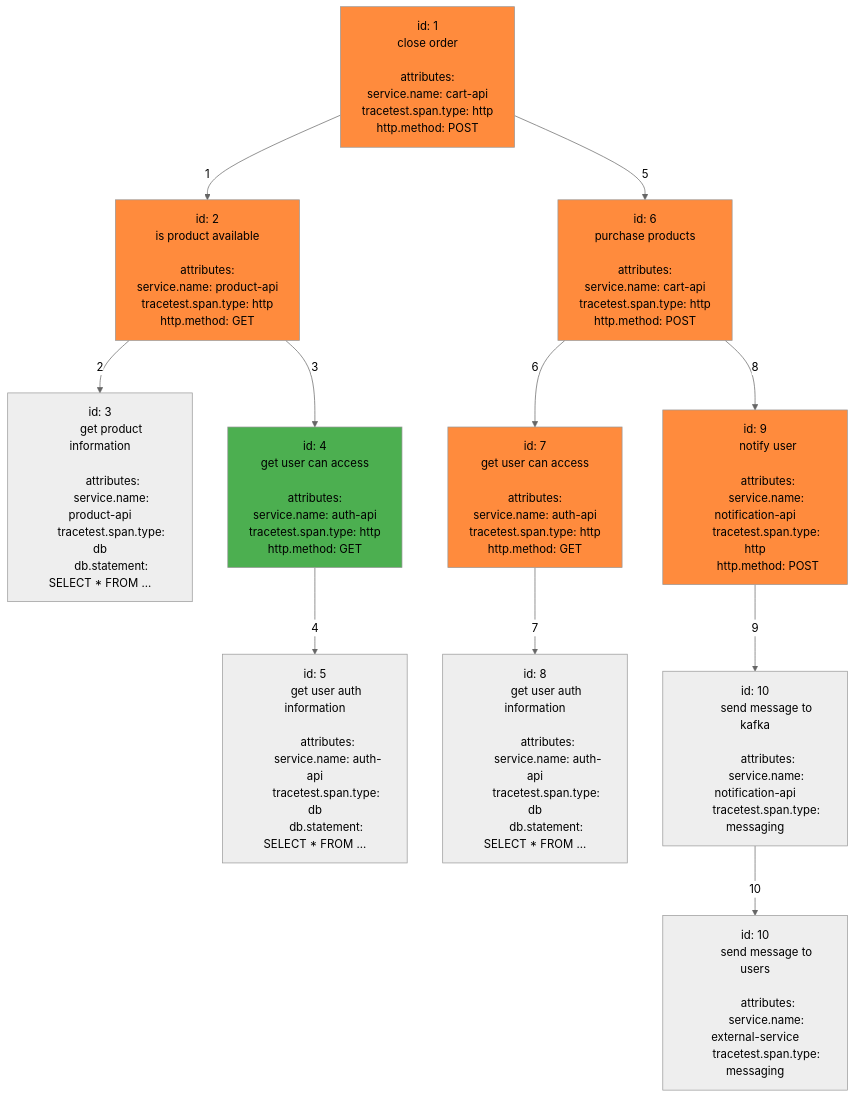
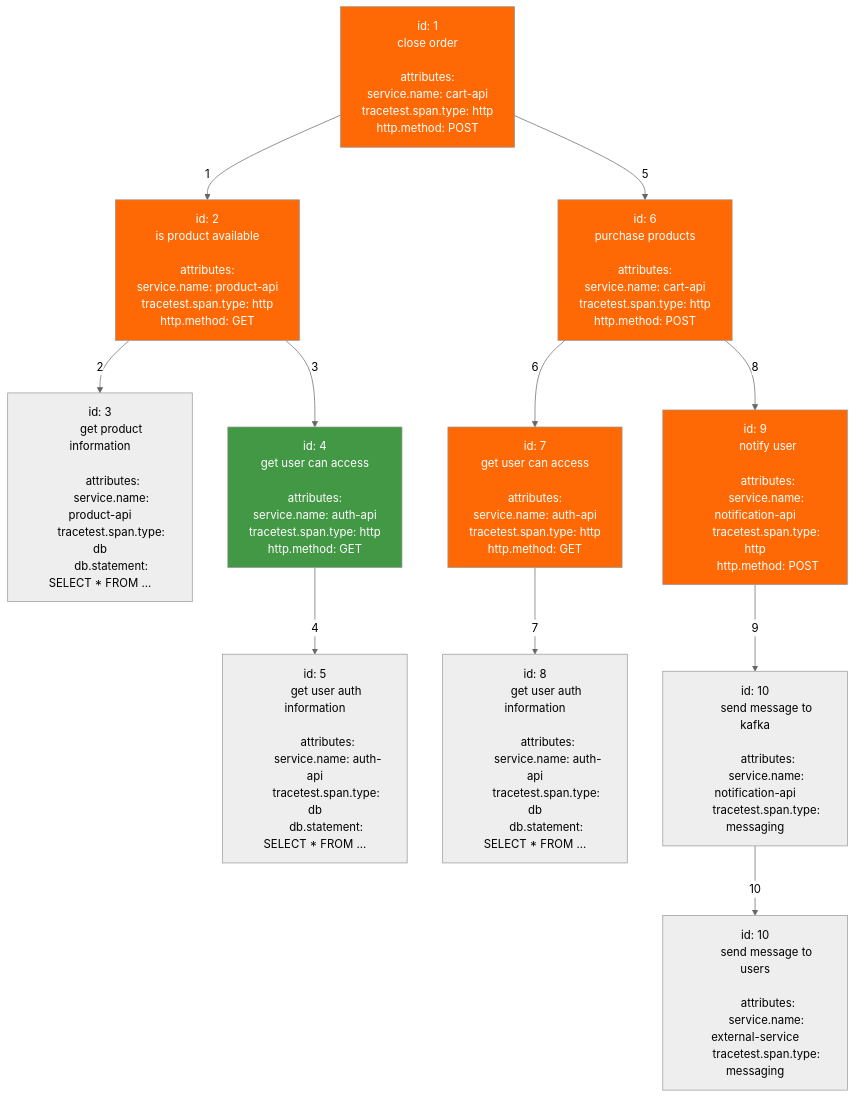
Before and after one commit to kubeshop/tracetest: the tenth of 12 diagrams in docs/advanced-selectors.md, drawn with Mermaid (neutral theme). The commit also changed other lines of this file, not shown here.

````diff
--- a/docs/advanced-selectors.md
+++ b/docs/advanced-selectors.md
@@ -1110,6 +1115,6 @@
     G:::candidateSpan
     I:::candidateSpan
 
-    classDef selectedSpan fill:#4CAF50
-    classDef candidateSpan fill:#FF8B3D
+    classDef selectedSpan fill:#439846, color:#ffffff
+    classDef candidateSpan fill:#FF6905, color:#ffffff
 ```
````
